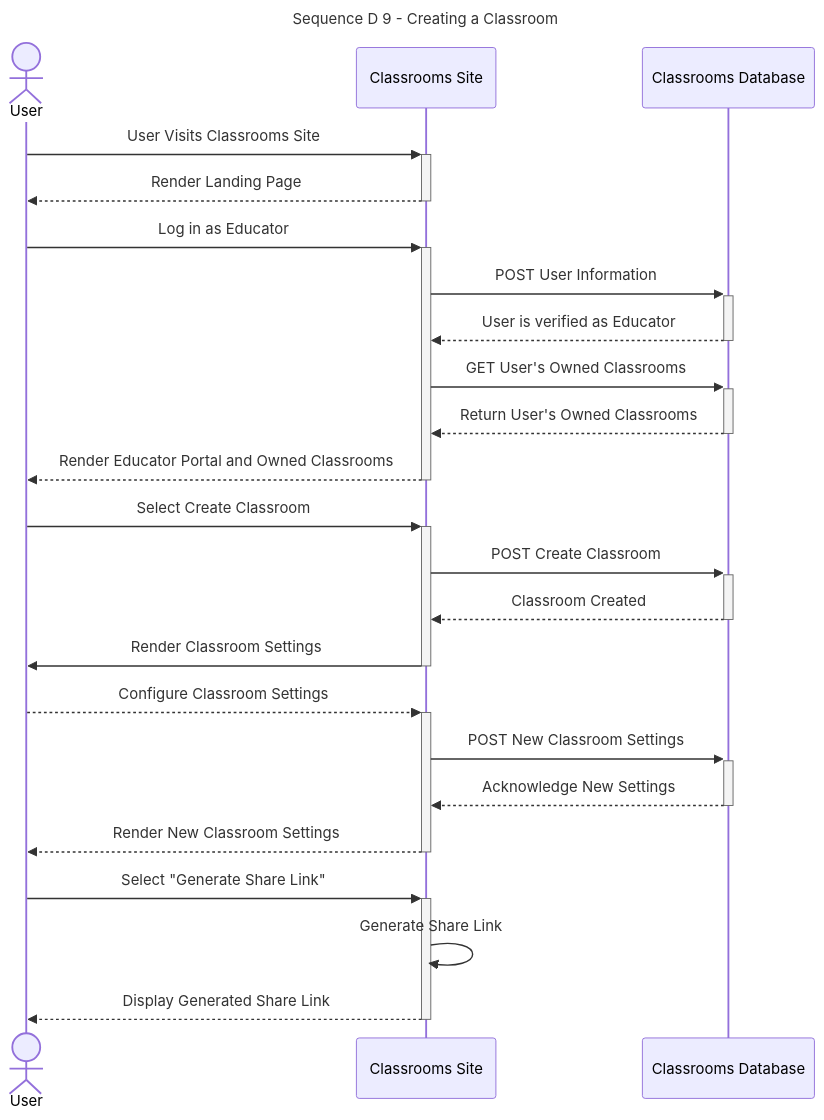
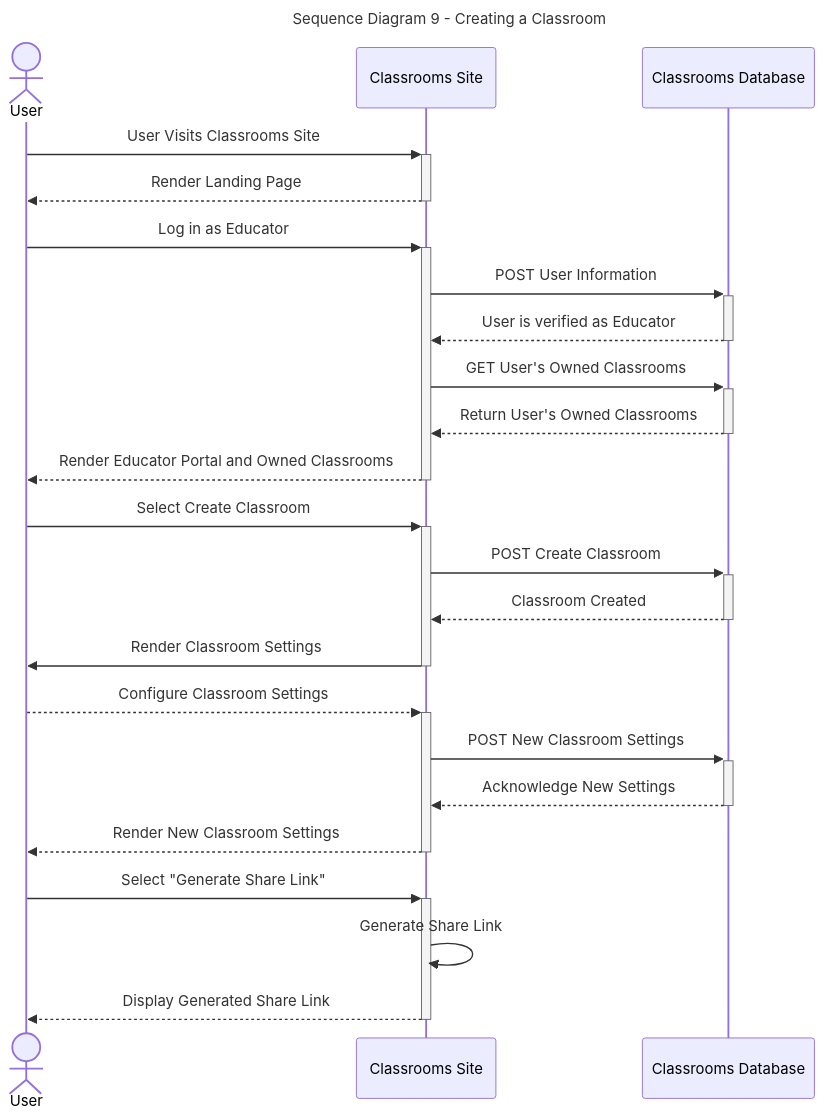
One commit to Capstone-Projects-2024-Spring/project-blastpad changed the tenth of 12 diagrams in documentation/docs/system-architecture/design.md. Above: the diagram before and after it, drawn with Mermaid. The commit also changed other lines of this file, not shown here.

Commit message:
Add Revisions in Design Doc. ER Diagram isn't added yet.

````diff
--- a/documentation/docs/system-architecture/design.md
+++ b/documentation/docs/system-architecture/design.md
@@ -432,30 +506,30 @@
 ```mermaid
 ---
-title: "Sequence D 9 - Creating a Classroom"
+title: "Sequence Diagram 9 - Creating a Classroom"
 ---
 
 sequenceDiagram
 actor User
 User->>+Classrooms Site: User Visits Classrooms Site
 Classrooms Site-->>-User: Render Landing Page
 User->>+Classrooms Site: Log in as Educator
 Classrooms Site->>+Classrooms Database: POST User Information
 Classrooms Database-->>-Classrooms Site: User is verified as Educator
 Classrooms Site->>+Classrooms Database: GET User's Owned Classrooms
 Classrooms Database-->>-Classrooms Site: Return User's Owned Classrooms
 Classrooms Site-->>-User: Render Educator Portal and Owned Classrooms
 
 
 User->>+Classrooms Site: Select Create Classroom
 Classrooms Site->>+Classrooms Database: POST Create Classroom
 Classrooms Database-->>-Classrooms Site: Classroom Created
 Classrooms Site->>-User: Render Classroom Settings
 User-->>+Classrooms Site: Configure Classroom Settings
 Classrooms Site->>+Classrooms Database: POST New Classroom Settings
 Classrooms Database-->>-Classrooms Site: Acknowledge New Settings
 Classrooms Site-->>-User: Render New Classroom Settings
 User->>+Classrooms Site: Select "Generate Share Link"
 Classrooms Site->>Classrooms Site: Generate Share Link
 Classrooms Site-->>-User: Display Generated Share Link
 
 ```
````
